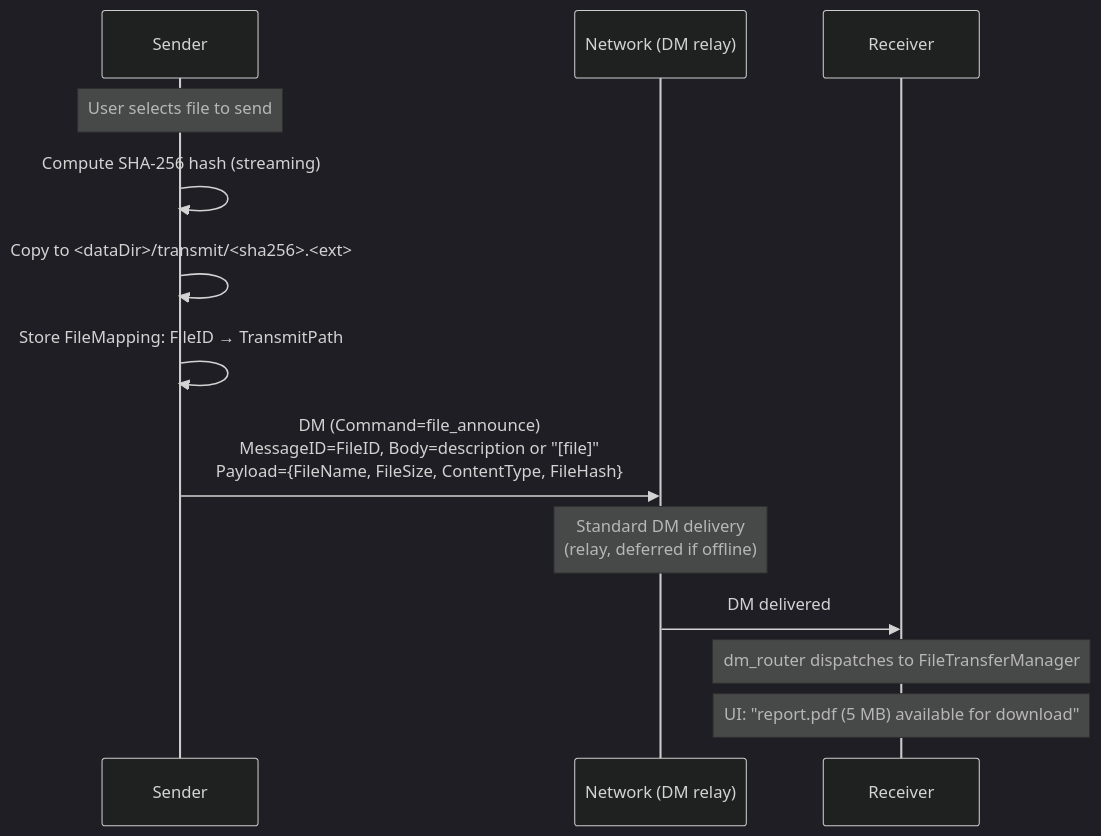
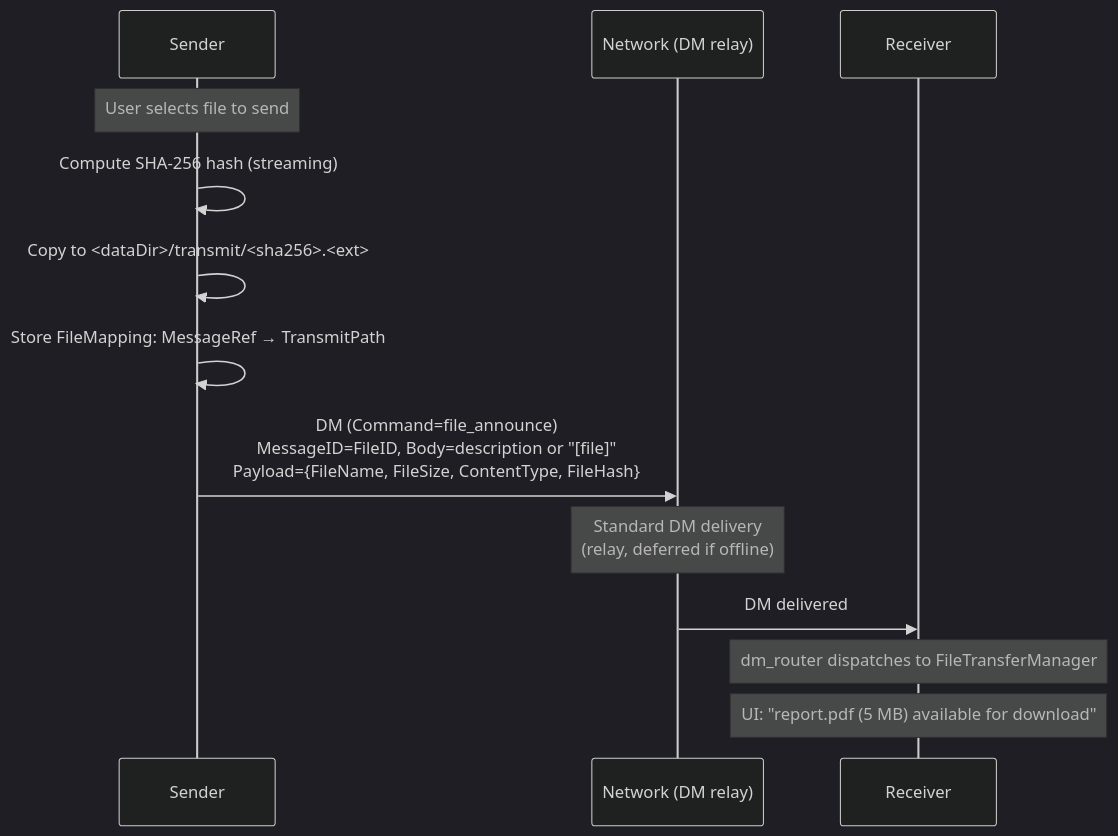
One commit to piratecash/corsa changed the second of 14 diagrams in docs/protocol/file_transfer.md. Above: the diagram before and after it, drawn with Mermaid (dark theme). The commit also changed other lines of this file and 165 other files, not shown here.

````diff
--- a/docs/protocol/file_transfer.md
+++ b/docs/protocol/file_transfer.md
@@ -874,19 +907,19 @@
 ```mermaid
 sequenceDiagram
     participant S as Sender
     participant N as Network (DM relay)
     participant R as Receiver
 
     Note over S: User selects file to send
     S->>S: Compute SHA-256 hash (streaming)
     S->>S: Copy to <dataDir>/transmit/<sha256>.<ext>
-    S->>S: Store FileMapping: FileID → TransmitPath
+    S->>S: Store FileMapping: MessageRef → TransmitPath
 
     S->>N: DM (Command=file_announce)<br/>MessageID=FileID, Body=description or "[file]"<br/>Payload={FileName, FileSize, ContentType, FileHash}
 
     Note over N: Standard DM delivery<br/>(relay, deferred if offline)
 
     N->>R: DM delivered
     Note over R: dm_router dispatches to FileTransferManager
     Note over R: UI: "report.pdf (5 MB) available for download"
 ```
````
